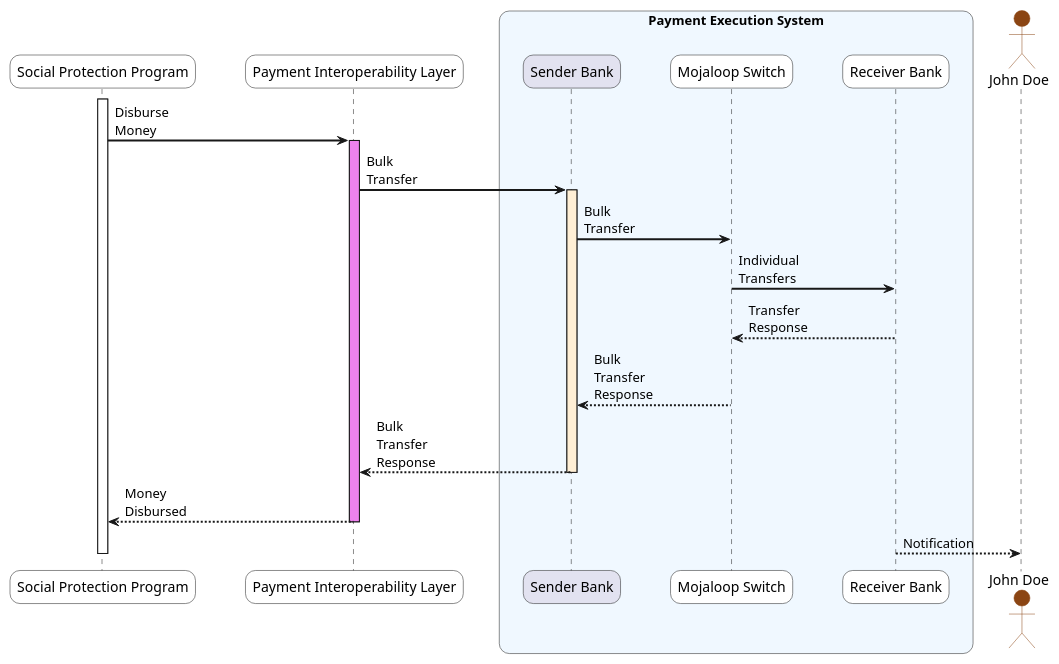
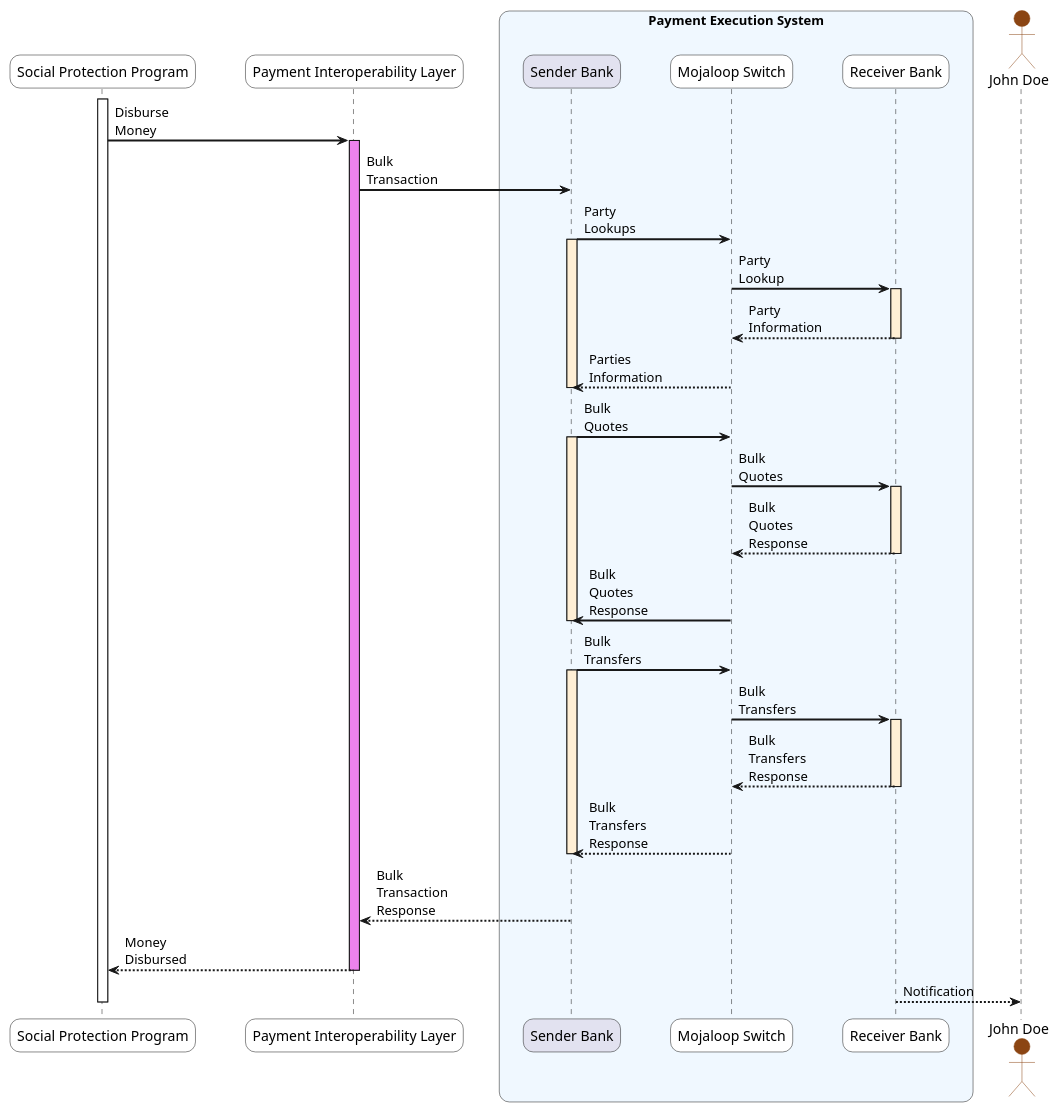
One commit to spdci/payments-interoperability-layer changed the first of 2 diagrams in docs/documentation/Sequence Diagrams.md. Above: the diagram before and after it, drawn with PlantUML. The commit also changed other lines of this file, not shown here.

Commit message:
fix: updated the sequence diagrams

```diff
--- a/docs/documentation/Sequence Diagrams.md
+++ b/docs/documentation/Sequence Diagrams.md
@@ -9,46 +5,67 @@
 @startuml
 
 skinparam sequenceArrowThickness 2
 skinparam roundcorner 20
 skinparam maxmessagesize 60
 
 skinparam ParticipantPadding 20
 skinparam BoxPadding 10
 skinparam SequenceBoxBackgroundColor AliceBlue
 skinparam ActorBorderColor    SaddleBrown
 
 participant "Social Protection Program" as SPP #white
 participant "Payment Interoperability Layer" as PIL #white
 
 box "Payment Execution System"
 participant "Sender Bank" as PayerFSP
 participant "Mojaloop Switch" as ML #white
 participant "Receiver Bank" as PayeeFSP #white
 end box
 actor "John Doe" as User #SaddleBrown
 
 'User -> SPP: Registration
 activate SPP
 
 SPP -> PIL: Disburse Money
 activate PIL #violet
 
-PIL -> PayerFSP: Bulk Transfer
+PIL -> PayerFSP: Bulk Transaction
+
+PayerFSP -> ML: Party Lookups
 activate PayerFSP #PapayaWhip
+ML -> PayeeFSP: Party Lookup
+activate PayeeFSP #PapayaWhip
+PayeeFSP --> ML: Party Information
+deactivate PayeeFSP
+ML --> PayerFSP: Parties Information
+deactivate PayerFSP
 
-PayerFSP -> ML: Bulk Transfer
-ML -> PayeeFSP: Individual Transfers
 
-PayeeFSP --> ML: Transfer Response
-ML --> PayerFSP: Bulk Transfer Response
+PayerFSP -> ML: Bulk Quotes
+activate PayerFSP #PapayaWhip
+ML -> PayeeFSP: Bulk Quotes
+activate PayeeFSP #PapayaWhip
+PayeeFSP --> ML: Bulk Quotes Response
+deactivate PayeeFSP
+ML -> PayerFSP: Bulk Quotes Response
+deactivate PayerFSP
 
-PayerFSP --> PIL: Bulk Transfer Response
+PayerFSP -> ML: Bulk Transfers
+activate PayerFSP #PapayaWhip
+ML -> PayeeFSP: Bulk Transfers
+activate PayeeFSP #PapayaWhip
+PayeeFSP --> ML: Bulk Transfers Response
+deactivate PayeeFSP
+ML --> PayerFSP: Bulk Transfers Response
 deactivate PayerFSP
+
+PayerFSP --> PIL: Bulk Transaction Response
+'deactivate PayerFSP
 
 PIL --> SPP: Money Disbursed
 deactivate PIL
 
 PayeeFSP --> User: Notification
 deactivate SPP
 
 @enduml
```
